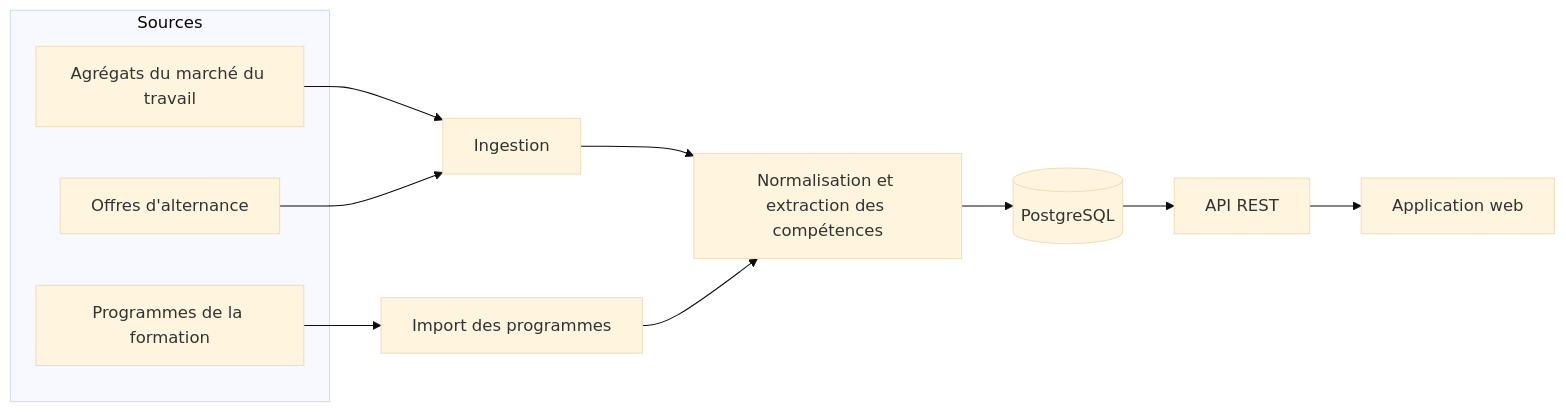
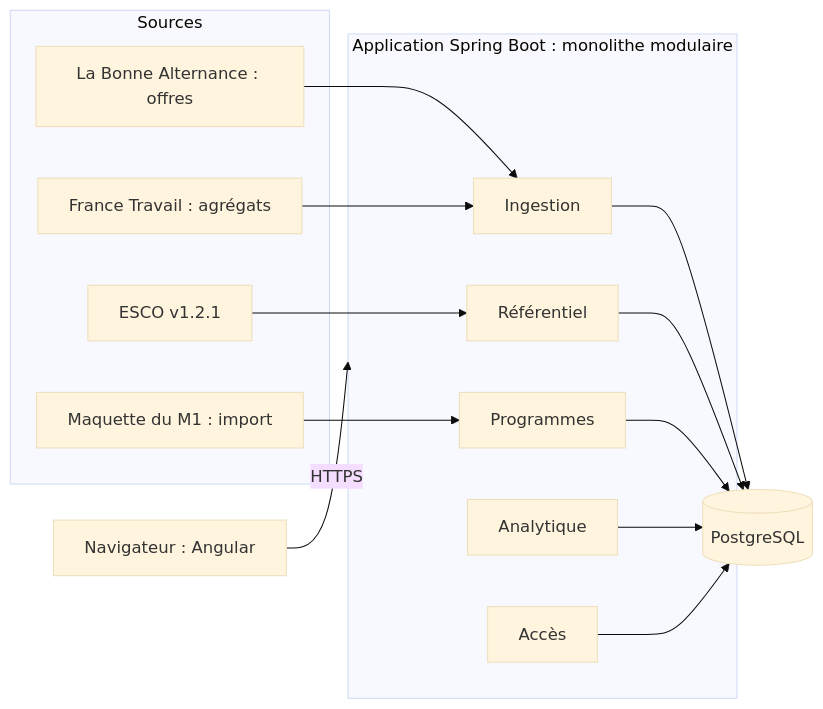
One commit to abdellahjebar/SkillPath_ changed the diagram in README.md. Above: the diagram before and after it, drawn with Mermaid (base theme). The commit also changed other lines of this file and 12 other files, not shown here.

````diff
--- a/README.md
+++ b/README.md
@@ -46,16 +47,26 @@
 ```mermaid
 flowchart LR
     subgraph Sources
-        A[Agrégats du marché du travail]
-        B[Offres d'alternance]
-        C[Programmes de la formation]
+        A["La Bonne Alternance : offres"]
+        B["ESCO v1.2.1"]
+        C["France Travail : agrégats"]
+        M["Maquette du M1 : import"]
     end
-    A --> I[Ingestion]
-    B --> I
-    C --> P[Import des programmes]
-    I --> N[Normalisation et extraction des compétences]
-    P --> N
-    N --> D[(PostgreSQL)]
-    D --> S[API REST]
-    S --> W[Application web]
+    subgraph App["Application Spring Boot : monolithe modulaire"]
+        I[Ingestion]
+        R["Référentiel"]
+        P[Programmes]
+        N[Analytique]
+        X["Accès"]
+    end
+    A --> I
+    C --> I
+    B --> R
+    M --> P
+    I --> D[("PostgreSQL")]
+    R --> D
+    P --> D
+    N --> D
+    X --> D
+    U["Navigateur : Angular"] -->|HTTPS| App
 ```
````
